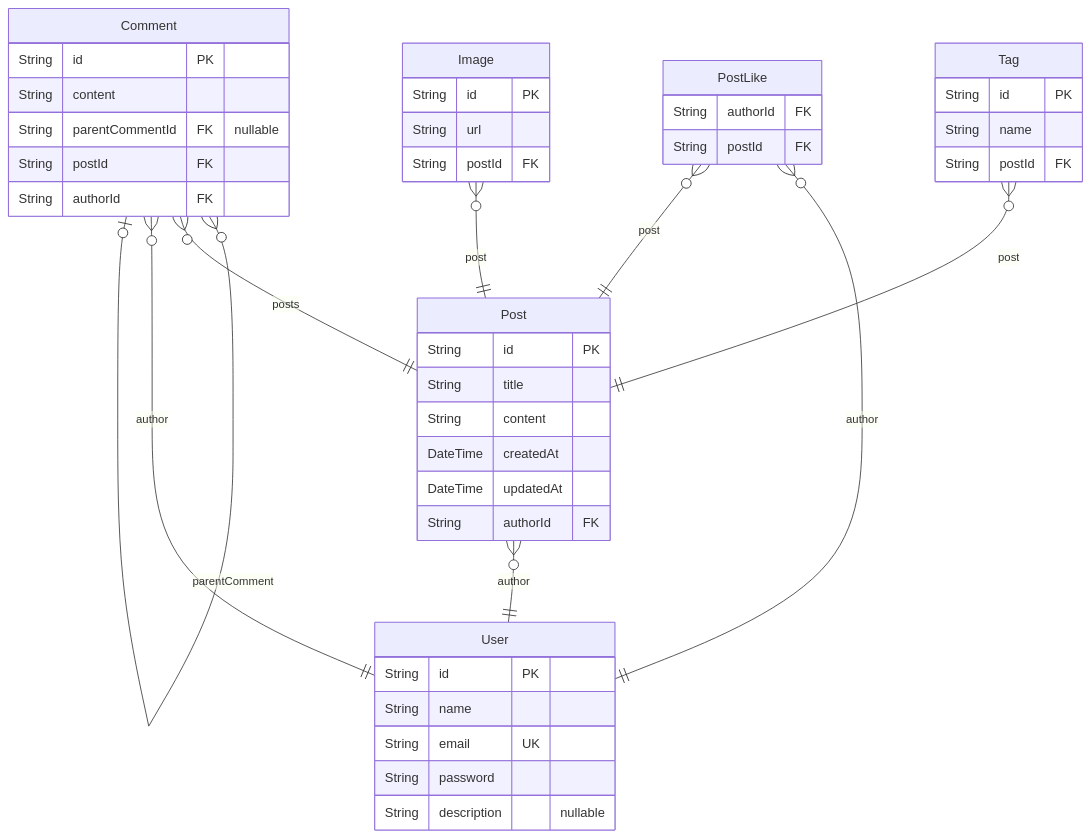
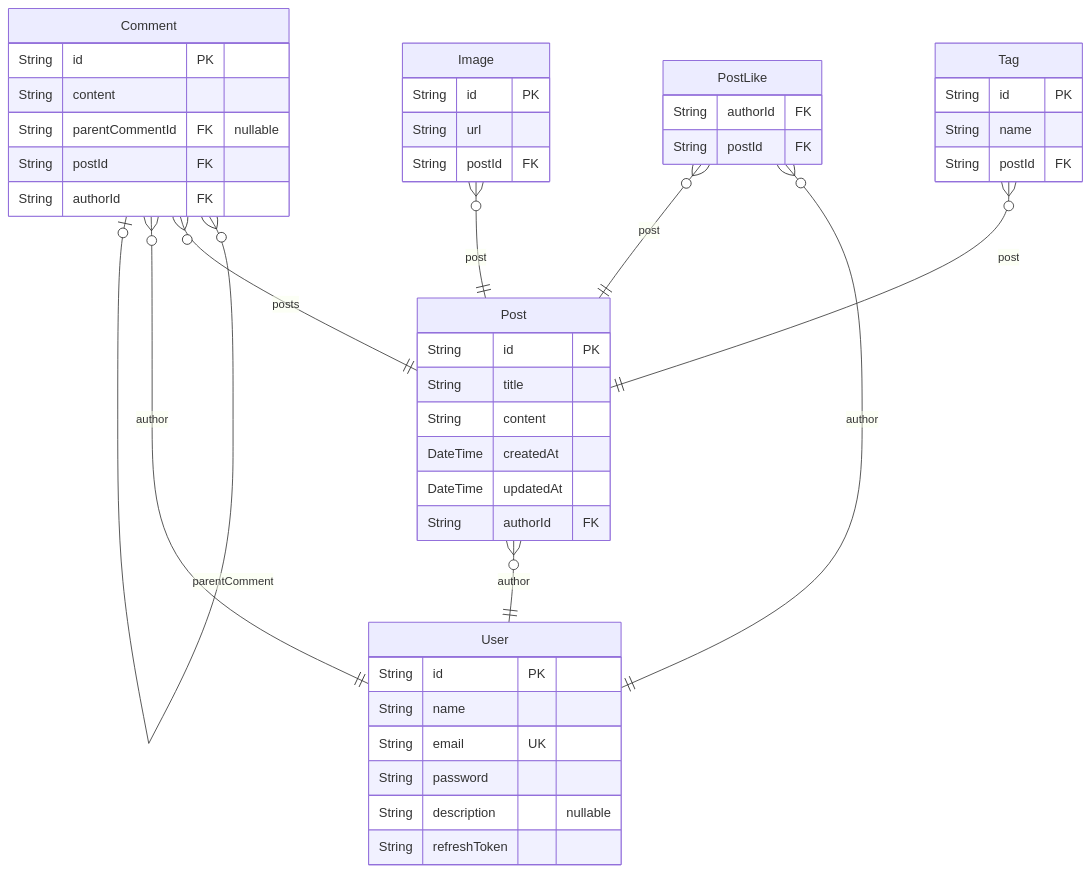
Before and after one commit to JongDeug/blog-backend: the diagram in prisma/ERD.md, drawn with Mermaid. The commit also changed other lines of this file and 4 other files, not shown here.

Commit message:
#16 [DOCS] : 설계 명세서, ERD 수정

````diff
--- a/prisma/ERD.md
+++ b/prisma/ERD.md
@@ -7,47 +7,48 @@
 ```mermaid
 erDiagram
 "User" {
   String id PK
   String name
   String email UK
   String password
   String description "nullable"
+  String refreshToken
 }
 "Post" {
   String id PK
   String title
   String content
   DateTime createdAt
   DateTime updatedAt
   String authorId FK
 }
 "Comment" {
   String id PK
   String content
   String parentCommentId FK "nullable"
   String postId FK
   String authorId FK
 }
 "PostLike" {
   String authorId FK
   String postId FK
 }
 "Tag" {
   String id PK
   String name
   String postId FK
 }
 "Image" {
   String id PK
   String url
   String postId FK
 }
 "Post" }o--|| "User" : author
 "Comment" }o--o| "Comment" : parentComment
 "Comment" }o--|| "Post" : posts
 "Comment" }o--|| "User" : author
 "PostLike" }o--|| "User" : author
 "PostLike" }o--|| "Post" : post
 "Tag" }o--|| "Post" : post
 "Image" }o--|| "Post" : post
 ```
````
